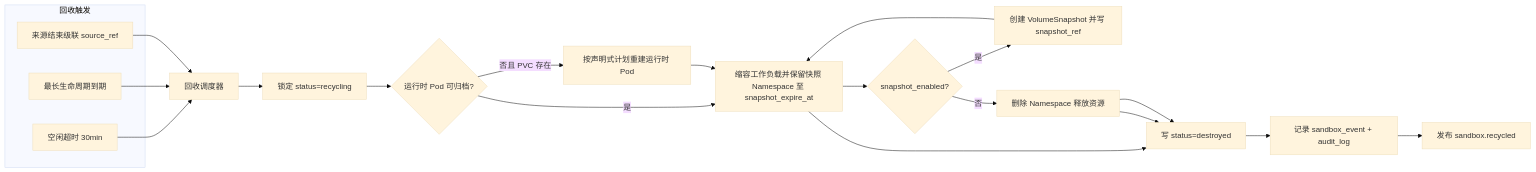
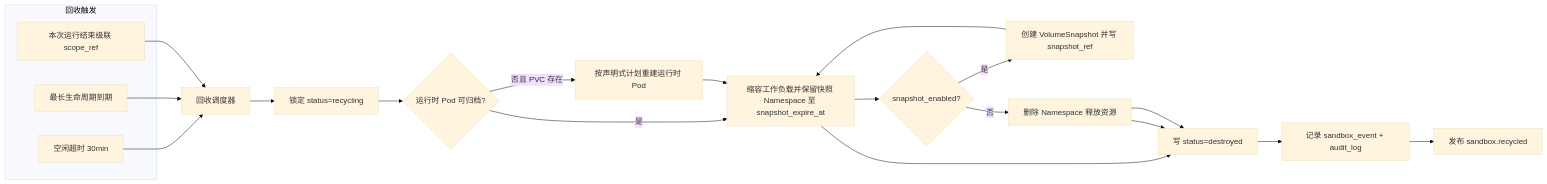
Before and after one commit to menghuishisan/CHAIMIR: the fourth of 7 diagrams in docs/02-沙箱引擎/05-业务流程与状态机.md, drawn with Mermaid (base theme). The commit also changed other lines of this file and 589 other files, not shown here.

````diff
--- a/docs/02-沙箱引擎/05-业务流程与状态机.md
+++ b/docs/02-沙箱引擎/05-业务流程与状态机.md
@@ -81,25 +81,25 @@
 ```mermaid
 flowchart LR
     subgraph 回收触发
     A1[空闲超时 30min]
     A2[最长生命周期到期]
-    A3[来源结束级联 source_ref]
+    A3[本次运行结束级联 scope_ref]
     end
     A1 --> R[回收调度器]
     A2 --> R
     A3 --> R
     R --> S[锁定 status=recycling]
     S --> W{运行时 Pod 可归档?}
     W -->|否且 PVC 存在| WR[按声明式计划重建运行时 Pod]
     W -->|是| P[持久化代码到 MinIO]
     WR --> P
     P --> V{snapshot_enabled?}
     V -->|是| VS[创建 VolumeSnapshot 并写 snapshot_ref]
     V -->|否| D[删除 Namespace 释放资源]
     VS --> P[缩容工作负载并保留快照 Namespace 至 snapshot_expire_at]
     P --> X
     D --> X
     D --> X[写 status=destroyed]
     X --> L[记录 sandbox_event + audit_log]
     L --> E[发布 sandbox.recycled]
 ```
````
